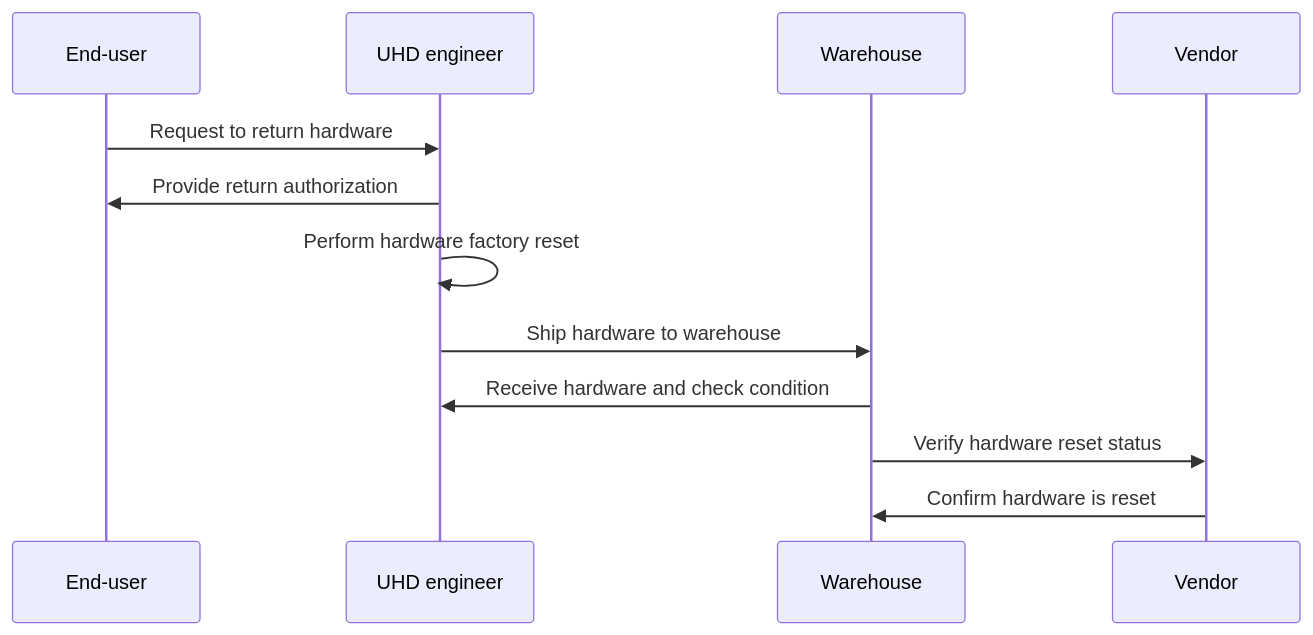
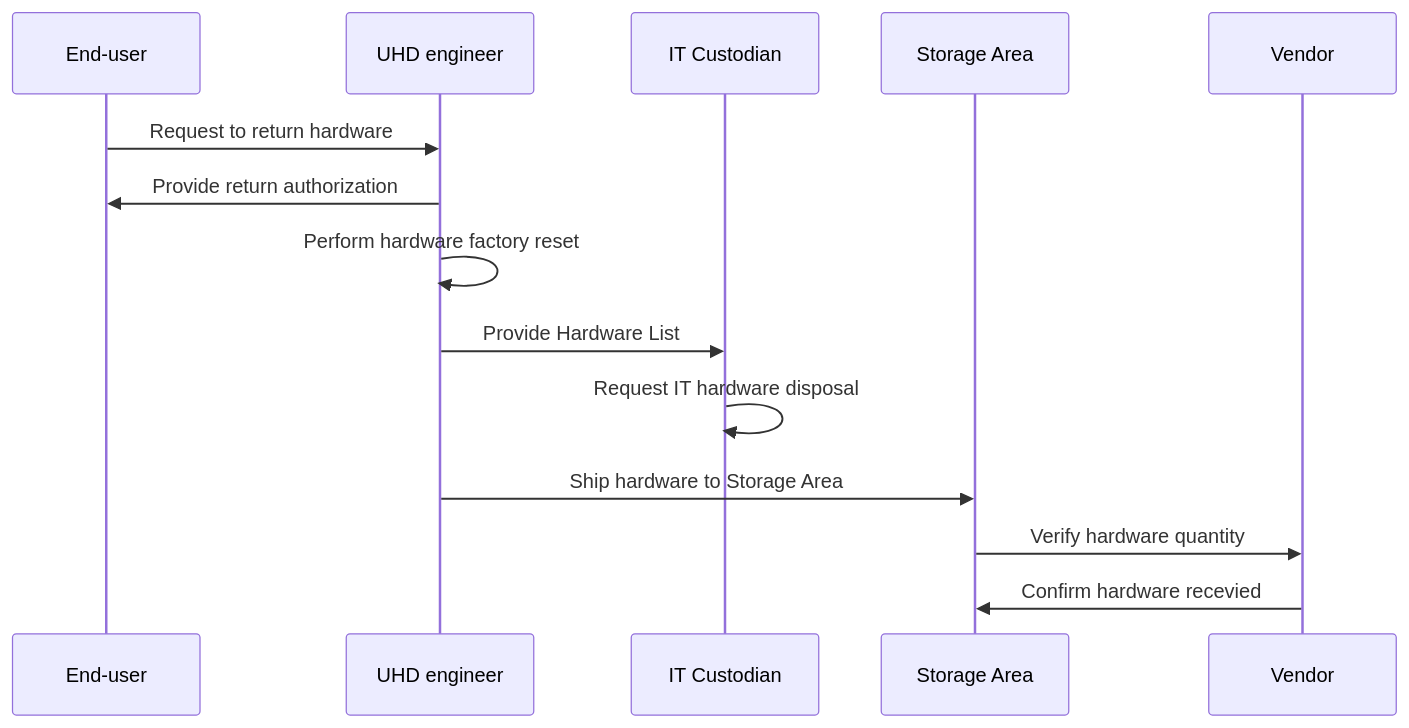
Before and after one commit to pluto133/-: the diagram in hardware return process.md, drawn with Mermaid.

Commit message:
Update hardware return process.md

````diff
--- a/hardware return process.md
+++ b/hardware return process.md
@@ -1,18 +1,21 @@
 ``` mermaid
 sequenceDiagram
     participant C as End-user
     participant SA as UHD engineer
-    participant W as Warehouse
+    participant ITC as IT Custodian
+    participant W as Storage Area
     participant F as Vendor
 
     C->>SA: Request to return hardware
     SA->>C: Provide return authorization
     SA->>SA: Perform hardware factory reset
-    SA->>W: Ship hardware to warehouse
-    W->>SA: Receive hardware and check condition
-    W->>F: Verify hardware reset status
-    F->>W: Confirm hardware is reset
+    SA->>ITC: Provide Hardware List
+    ITC->>ITC: Request IT hardware disposal
+    SA->>W: Ship hardware to Storage Area
+    #W->>SA: Receive hardware and check condition
+    W->>F: Verify hardware quantity
+    F->>W: Confirm hardware recevied
     # SA->>C: Confirm return and process refund
     # C->>SA: Acknowledge refund receipt
 
 ```
````
